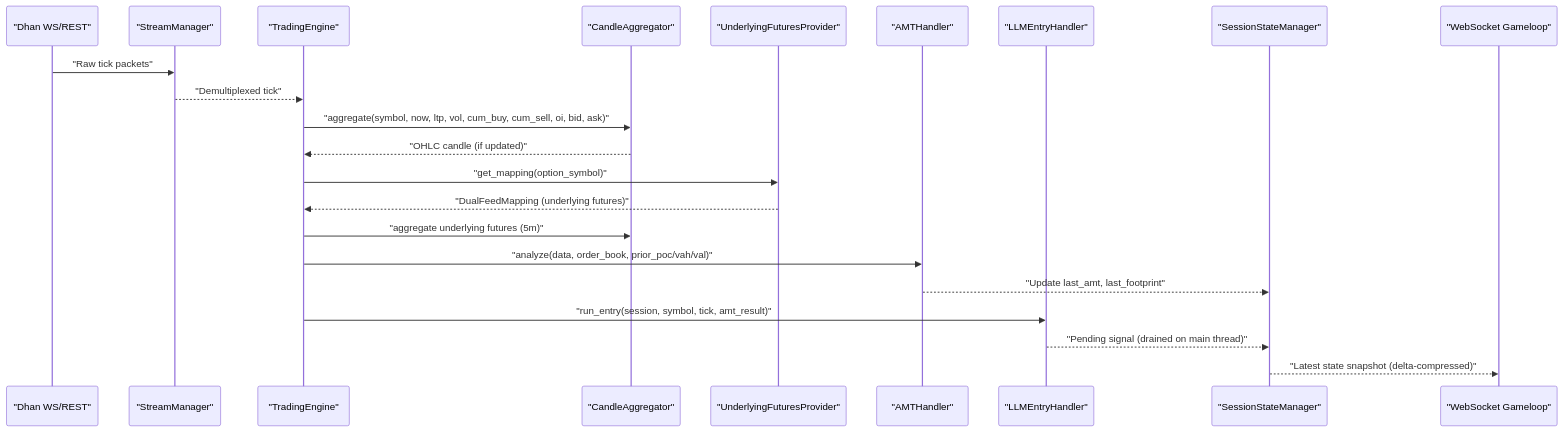
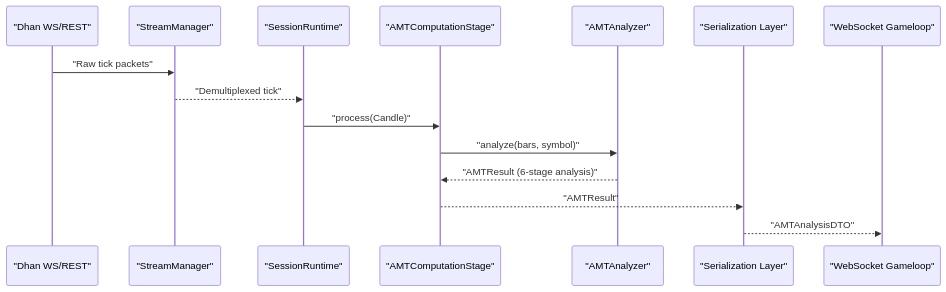
The second of 12 diagrams in .qoder/repowiki/en/content/Architecture Deep Dive/Data Flow and Processing/Data Flow and Processing.md (gemrajkhatry-maker/v5-of-glassytrade-ai), drawn with Mermaid before and after one commit. The commit also changed other lines of this file and 219 other files, not shown here.

First line of the commit message:
refactor: major architecture improvements across backend, backendv2, brokers, and frontend

````diff
--- a/.qoder/repowiki/en/content/Architecture Deep Dive/Data Flow and Processing/Data Flow and Processing.md
+++ b/.qoder/repowiki/en/content/Architecture Deep Dive/Data Flow and Processing/Data Flow and Processing.md
@@ -118,24 +150,17 @@
 ```mermaid
 sequenceDiagram
 participant D as "Dhan WS/REST"
 participant SM as "StreamManager"
-participant ENG as "TradingEngine"
-participant CA as "CandleAggregator"
-participant UFP as "UnderlyingFuturesProvider"
-participant AMT as "AMTHandler"
-participant LLM as "LLMEntryHandler"
-participant SSM as "SessionStateManager"
+participant SRV2 as "SessionRuntime"
+participant AMT as "AMTComputationStage"
+participant ANALYZER as "AMTAnalyzer"
+participant SERIALIZER as "Serialization Layer"
 participant WS as "WebSocket Gameloop"
 D->>SM : "Raw tick packets"
-SM-->>ENG : "Demultiplexed tick"
-ENG->>CA : "aggregate(symbol, now, ltp, vol, cum_buy, cum_sell, oi, bid, ask)"
-CA-->>ENG : "OHLC candle (if updated)"
-ENG->>UFP : "get_mapping(option_symbol)"
-UFP-->>ENG : "DualFeedMapping (underlying futures)"
-ENG->>CA : "aggregate underlying futures (5m)"
-ENG->>AMT : "analyze(data, order_book, prior_poc/vah/val)"
-AMT-->>SSM : "Update last_amt, last_footprint"
-ENG->>LLM : "run_entry(session, symbol, tick, amt_result)"
-LLM-->>SSM : "Pending signal (drained on main thread)"
-SSM-->>WS : "Latest state snapshot (delta-compressed)"
+SM-->>SRV2 : "Demultiplexed tick"
+SRV2->>AMT : "process(Candle)"
+AMT->>ANALYZER : "analyze(bars, symbol)"
+ANALYZER-->>AMT : "AMTResult (6-stage analysis)"
+AMT-->>SERIALIZER : "AMTResult"
+SERIALIZER-->>WS : "AMTAnalysisDTO"
 ```
````
